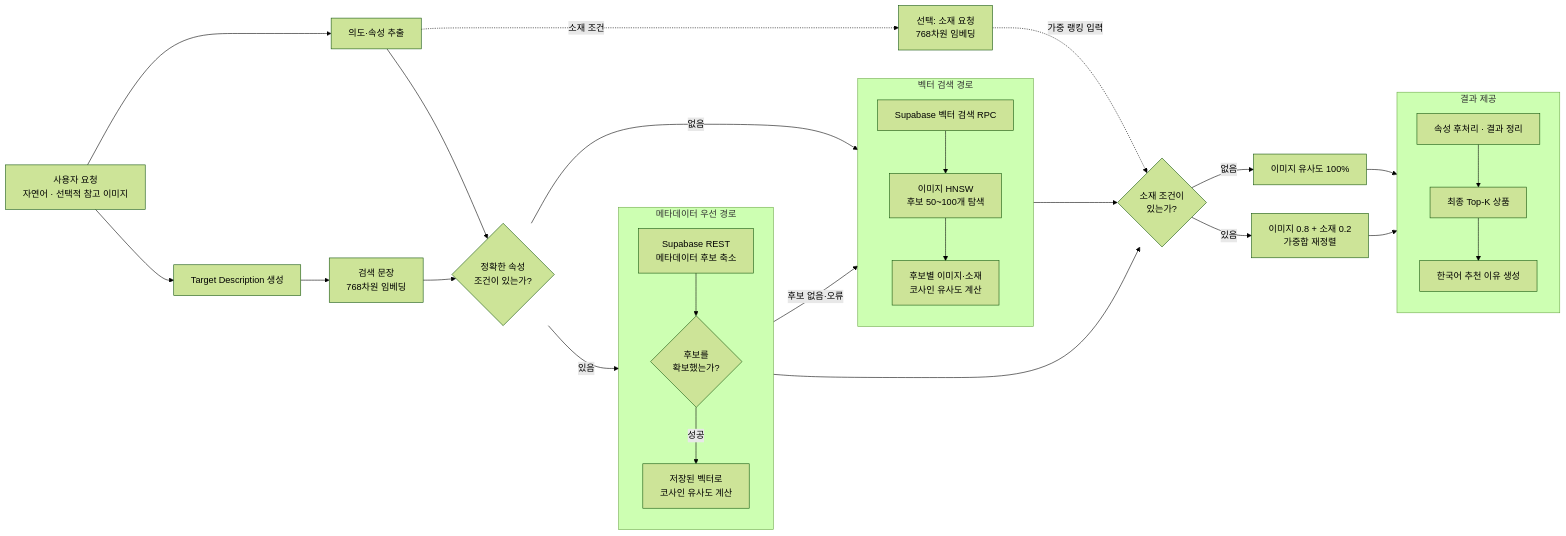
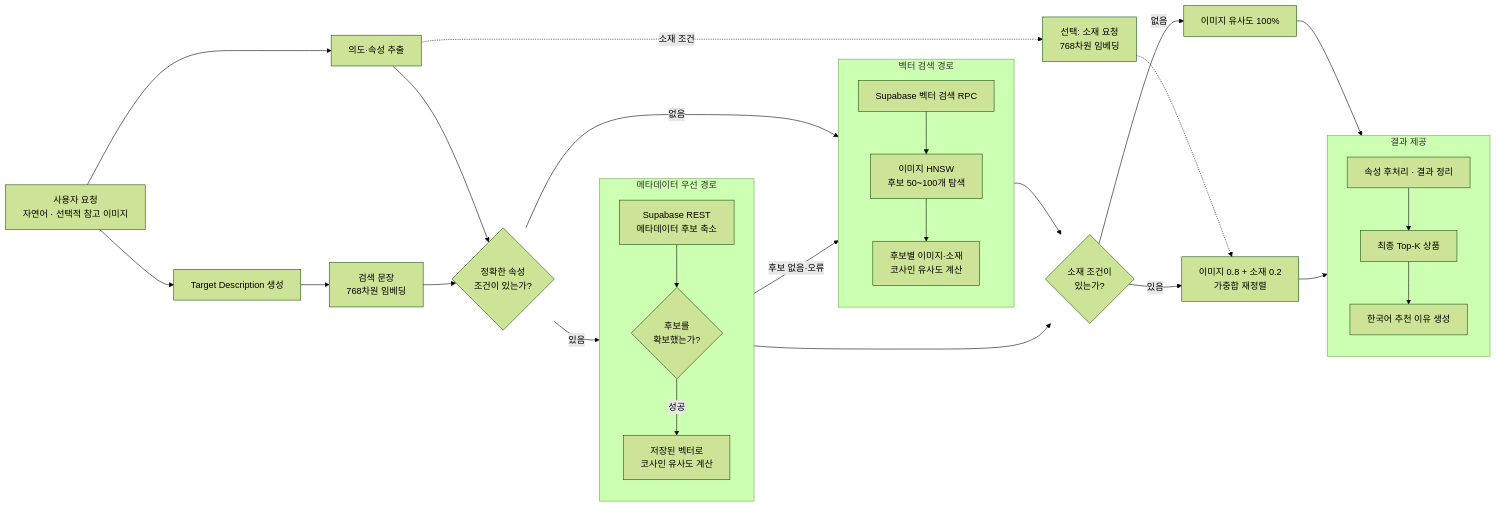
The diagram in README.md (cs-f1t/f1t), drawn with Mermaid (forest theme) before and after one commit.

Commit message:
Show where the fabric embedding affects ranking
Constraint: The pipeline diagram must stay readable on a presentation slide.

Rejected: Connecting the fabric embedding to the material-condition decision | the vector is consumed by the weighted score instead.

Confidence: high

Scope-risk: narrow

Directive: Keep optional embeddings connected to their actual scoring consumer.

Tested: git diff --check; Mermaid edge assertion.

Not-tested: Visual rendering after import into PowerPoint.

````diff
--- a/README.md
+++ b/README.md
@@ -61,54 +61,54 @@
 ```mermaid
 flowchart LR
     A["사용자 요청<br/>자연어 · 선택적 참고 이미지"]
     B["의도·속성 추출"]
     C["Target Description 생성"]
     D["검색 문장<br/>768차원 임베딩"]
     E["선택: 소재 요청<br/>768차원 임베딩"]
     F{"정확한 속성<br/>조건이 있는가?"}
 
     subgraph META["메타데이터 우선 경로"]
         direction TB
         G["Supabase REST<br/>메타데이터 후보 축소"]
         H{"후보를<br/>확보했는가?"}
         I["저장된 벡터로<br/>코사인 유사도 계산"]
         G --> H
         H -- 성공 --> I
     end
 
     subgraph VECTOR["벡터 검색 경로"]
         direction TB
         J["Supabase 벡터 검색 RPC"]
         K["이미지 HNSW<br/>후보 50~100개 탐색"]
         L["후보별 이미지·소재<br/>코사인 유사도 계산"]
         J --> K --> L
     end
 
     M{"소재 조건이<br/>있는가?"}
     N["이미지 유사도 100%"]
     O["이미지 0.8 + 소재 0.2<br/>가중합 재정렬"]
 
     subgraph RESULT["결과 제공"]
         direction TB
         P["속성 후처리 · 결과 정리"]
         Q["최종 Top-K 상품"]
         R["한국어 추천 이유 생성"]
         P --> Q --> R
     end
 
     A --> B
     A --> C --> D
     B -. 소재 조건 .-> E
     B --> F
     D --> F
 
     F -- 있음 --> G
     F -- 없음 --> J
     H -- 후보 없음·오류 --> J
     I --> M
     L --> M
-    E -. 가중 랭킹 입력 .-> M
+    E -.-> O
 
     M -- 없음 --> N --> RESULT
     M -- 있음 --> O --> RESULT
 ```
````
